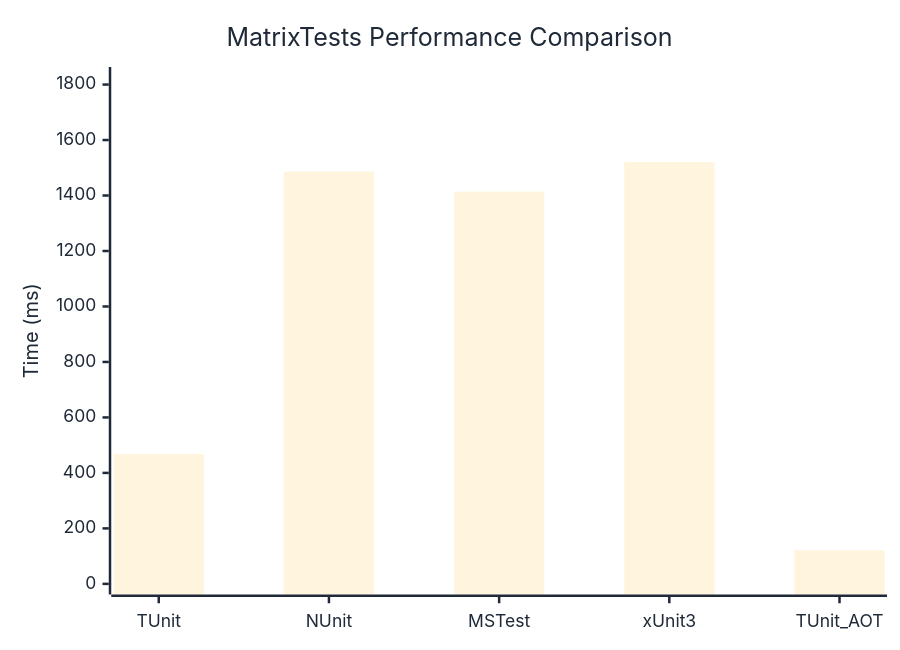
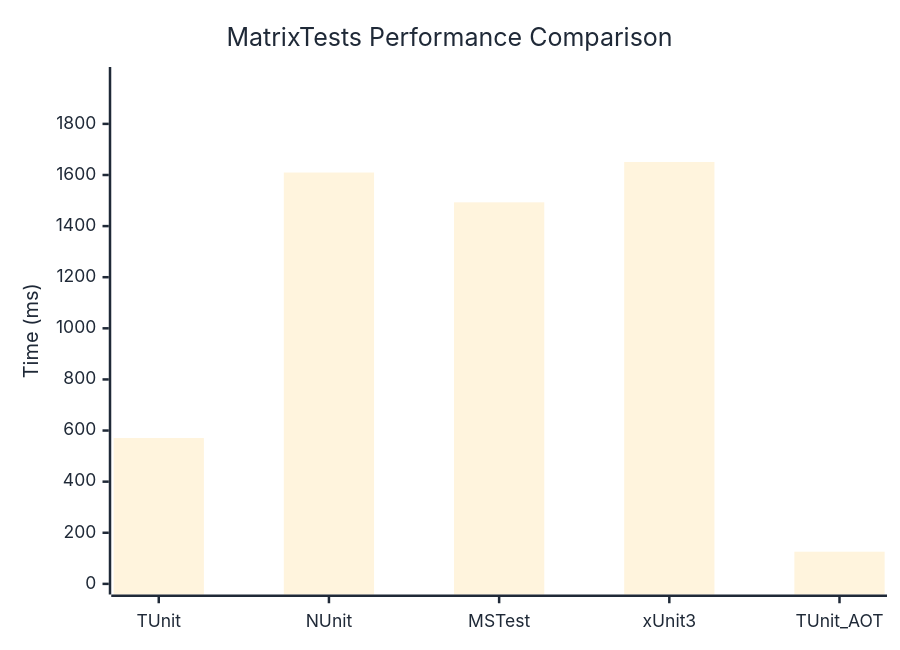
The diagram in docs/docs/benchmarks/MatrixTests.md (thomhurst/TUnit), drawn with Mermaid before and after one commit. The commit also changed other lines of this file and 17 other files, not shown here.

````diff
--- a/docs/docs/benchmarks/MatrixTests.md
+++ b/docs/docs/benchmarks/MatrixTests.md
@@ -27,37 +27,37 @@
 ```mermaid
 %%{init: {
   'theme':'base',
   'themeVariables': {
     'primaryColor': '#2563eb',
     'primaryTextColor': '#1f2937',
     'primaryBorderColor': '#1e40af',
     'lineColor': '#6b7280',
     'secondaryColor': '#7c3aed',
     'tertiaryColor': '#dc2626',
     'background': '#ffffff',
     'mainBkg': '#2563eb',
     'secondBkg': '#7c3aed',
     'tertiaryBkg': '#dc2626',
     'clusterBkg': '#f3f4f6',
     'edgeLabelBackground': '#ffffff',
     'tertiaryTextColor': '#1f2937',
     'pie1': '#2563eb',
     'pie2': '#7c3aed',
     'pie3': '#dc2626',
     'pie4': '#f59e0b',
     'pie5': '#10b981',
     'pie6': '#06b6d4',
     'pie7': '#ec4899',
     'pie8': '#6366f1',
     'pie9': '#84cc16',
     'pie10': '#f97316',
     'pie11': '#14b8a6',
     'pie12': '#a855f7'
   }
 }}%%
 xychart-beta
   title "MatrixTests Performance Comparison"
   x-axis ["TUnit", "NUnit", "MSTest", "xUnit3", "TUnit_AOT"]
-  y-axis "Time (ms)" 0 --> 1825
-  bar [468.3, 1486.5, 1414, 1520.8, 121.1]
+  y-axis "Time (ms)" 0 --> 1981
+  bar [570.7, 1609.6, 1493, 1650.8, 125.9]
 ```
````
